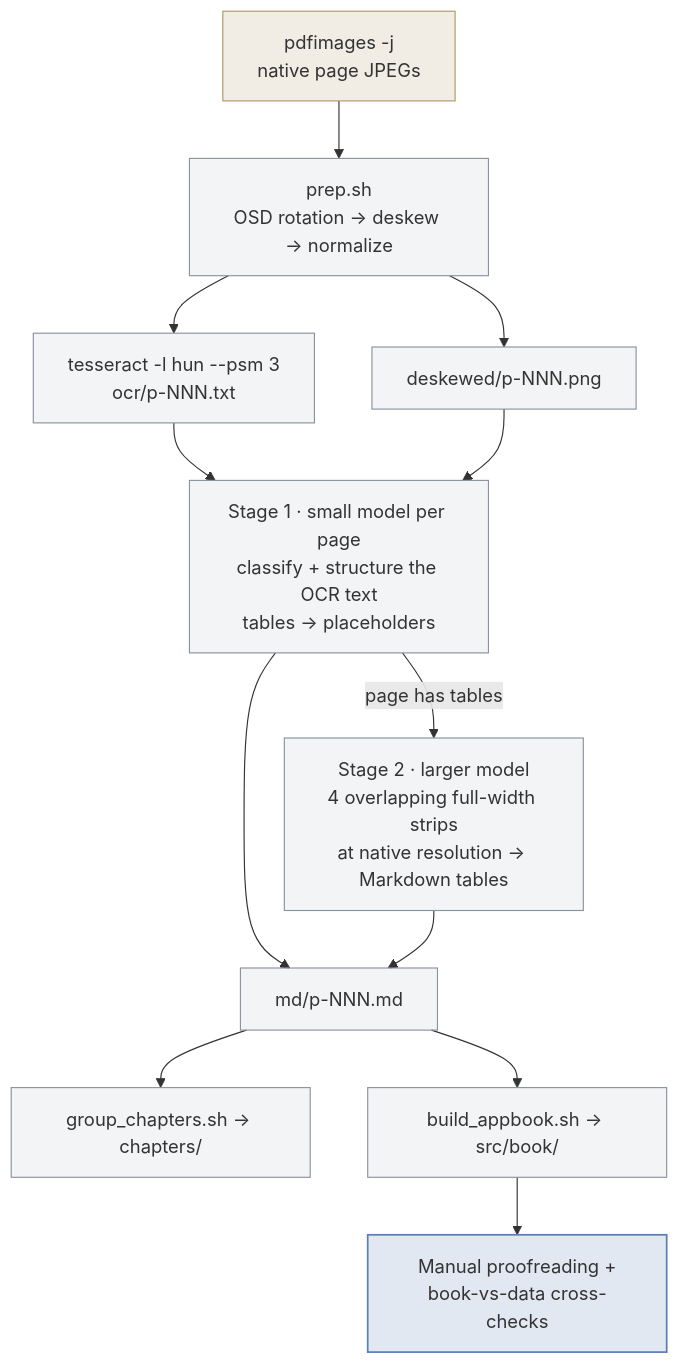
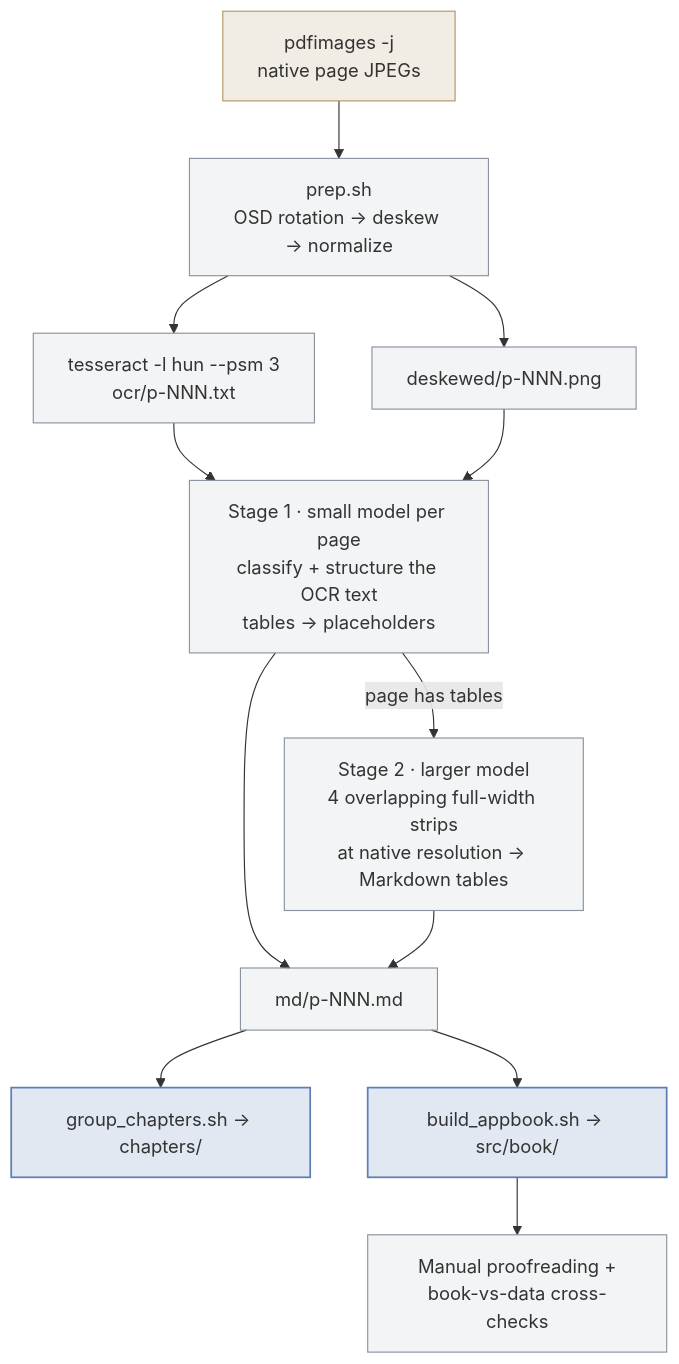
Before and after one commit to codex-magica/codex-magica.github.io: the diagram in docs/pdf-pipeline.md, drawn with Mermaid. The commit also changed 1 other file, not shown here.

Commit message:
Mermaid diagrams: one colour rule everywhere (gold in, blue out, grey steps)
The blue used to mark a result in one diagram, the engine in another and the Drive copy in a
third. Now gold is always what goes in and blue what comes out: the rules engine's output is the
sheet/builder/compendium values (the engine itself is a step), the PDF write-up's outputs are
chapters/ and src/book/ (manual proofreading is a step), and the two-way sync diagram has no
input or output, so it stays neutral. The style is named `output` instead of `key`.

````diff
--- a/docs/pdf-pipeline.md
+++ b/docs/pdf-pipeline.md
@@ -26,19 +26,19 @@
 ```mermaid
 flowchart TD
     A["pdfimages -j<br/>native page JPEGs"] --> B["prep.sh<br/>OSD rotation → deskew → normalize"]
     B --> C["tesseract -l hun --psm 3<br/>ocr/p-NNN.txt"]
     B --> D["deskewed/p-NNN.png"]
     C --> E["Stage 1 · small model per page<br/>classify + structure the OCR text<br/>tables → placeholders"]
     D --> E
     E -->|page has tables| F["Stage 2 · larger model<br/>4 overlapping full-width strips<br/>at native resolution → Markdown tables"]
     E --> G["md/p-NNN.md"]
     F --> G
     G --> H["group_chapters.sh → chapters/"]
     G --> I["build_appbook.sh → src/book/"]
     I --> J["Manual proofreading +<br/>book-vs-data cross-checks"]
     classDef default fill:#8b93a11a,stroke:#8b93a1,stroke-width:1px
     classDef input fill:#b198692e,stroke:#b19869,stroke-width:1px
-    classDef key fill:#5b7fb52e,stroke:#5b7fb5,stroke-width:1.5px
+    classDef output fill:#5b7fb52e,stroke:#5b7fb5,stroke-width:1.5px
     class A input
-    class J key
+    class H,I output
 ```
````
